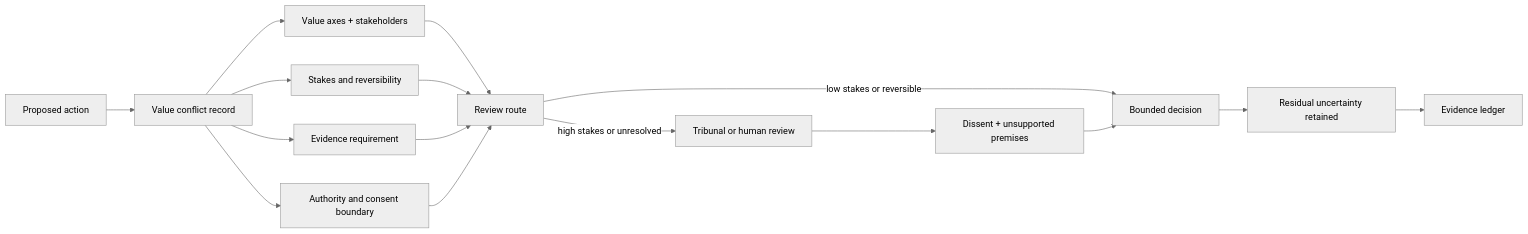
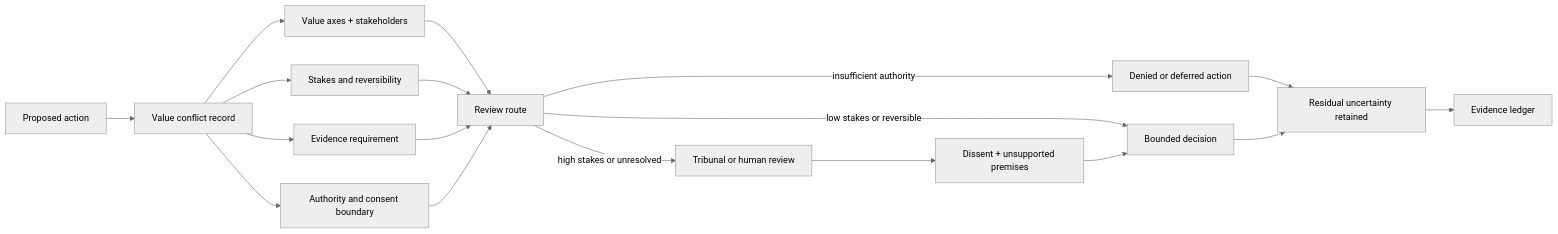
The diagram in chapters/moral-uncertainty-and-value-conflict.qmd (corbensorenson/asi-stack-book), drawn with Mermaid (neutral theme) before and after one commit. The commit also changed other lines of this file and 12 other files, not shown here.

````diff
--- a/chapters/moral-uncertainty-and-value-conflict.qmd
+++ b/chapters/moral-uncertainty-and-value-conflict.qmd
@@ -100,18 +102,20 @@
 ```{mermaid}
 flowchart LR
   Action["Proposed action"] --> Conflict["Value conflict record"]
   Conflict --> Axes["Value axes + stakeholders"]
   Conflict --> Stakes["Stakes and reversibility"]
   Conflict --> EvidenceNeed["Evidence requirement"]
   Conflict --> Authority["Authority and consent boundary"]
   Axes --> Route["Review route"]
   Stakes --> Route
   EvidenceNeed --> Route
   Authority --> Route
   Route -->|low stakes or reversible| Bounded["Bounded decision"]
   Route -->|high stakes or unresolved| Review["Tribunal or human review"]
+  Route -->|insufficient authority| Denied["Denied or deferred action"]
   Review --> Dissent["Dissent + unsupported premises"]
   Dissent --> Bounded
+  Denied --> Residual
   Bounded --> Residual["Residual uncertainty retained"]
   Residual --> Evidence["Evidence ledger"]
 ```
````
